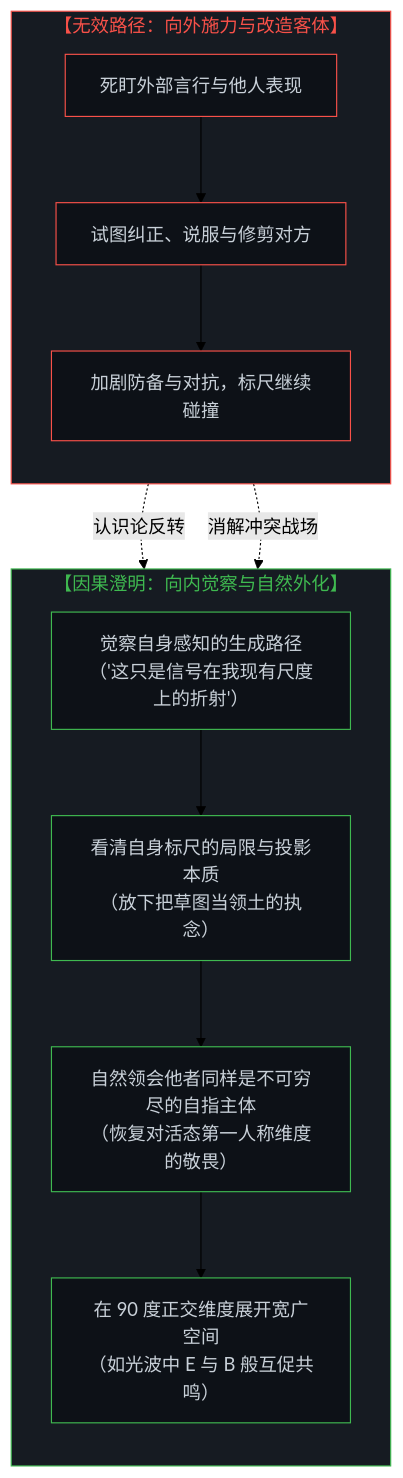
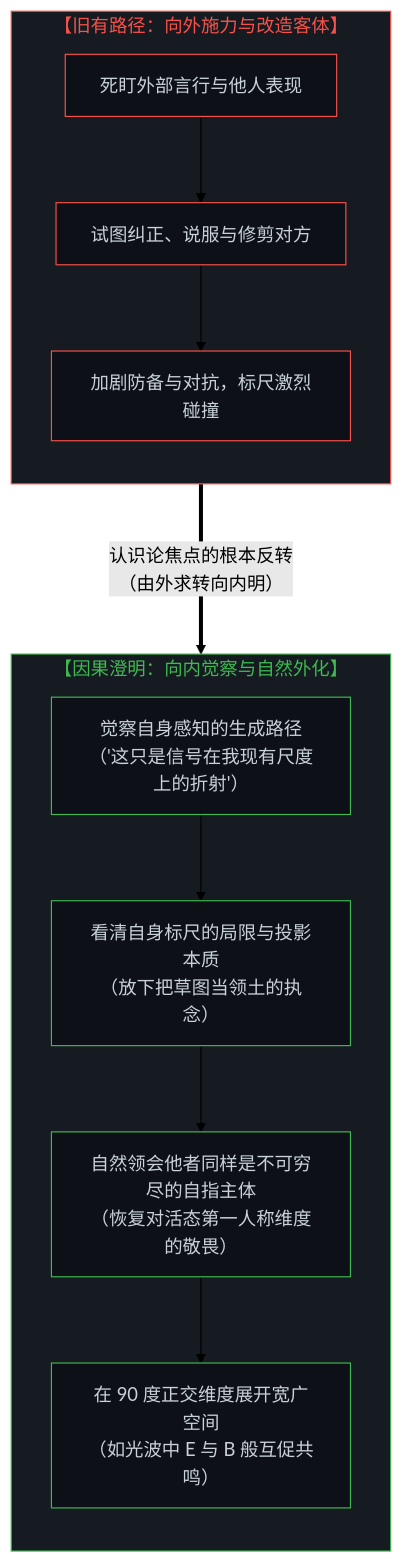
One commit to powerpig99/not-a-toe changed the fourth of 4 diagrams in content/posts/the-illusion-of-knowing-and-the-geometry-of-amputation.md. Above: the diagram before and after it, drawn with Mermaid (forest theme). The commit also changed other lines of this file and 1 other file, not shown here.

Commit message:
Convert all Mermaid diagrams to strictly vertical mobile-friendly top-down flow

````diff
--- a/content/posts/the-illusion-of-knowing-and-the-geometry-of-amputation.md
+++ b/content/posts/the-illusion-of-knowing-and-the-geometry-of-amputation.md
@@ -203,32 +203,31 @@
 ```mermaid
 graph TD
-    subgraph S_External_Effort["【无效路径：向外施力与改造客体】"]
+    subgraph S_External_Effort["【旧有路径：向外施力与改造客体】"]
         direction TB
         P1["死盯外部言行与他人表现"]
         P2["试图纠正、说服与修剪对方"]
-        P3["加剧防备与对抗，标尺继续碰撞"]
+        P3["加剧防备与对抗，标尺激烈碰撞"]
         P1 --> P2 --> P3
     end
 
     subgraph S_Internal_Clarity["【因果澄明：向内觉察与自然外化】"]
         direction TB
         Q1["觉察自身感知的生成路径<br>（'这只是信号在我现有尺度上的折射'）"]
         Q2["看清自身标尺的局限与投影本质<br>（放下把草图当领土的执念）"]
         Q3["自然领会他者同样是不可穷尽的自指主体<br>（恢复对活态第一人称维度的敬畏）"]
         Q4["在 90 度正交维度展开宽广空间<br>（如光波中 E 与 B 般互促共鸣）"]
         Q1 --> Q2 --> Q3 --> Q4
     end
 
-    P1 -.->|"认识论反转"| Q1
-    P3 -.->|"消解冲突战场"| Q4
+    P3 ===>|"认识论焦点的根本反转<br>（由外求转向内明）"| Q1
 
     style S_External_Effort fill:#161b22,stroke:#f85149,stroke-width:1px,color:#f85149
     style S_Internal_Clarity fill:#161b22,stroke:#3fb950,stroke-width:1px,color:#3fb950
     style P1 fill:#0d1117,stroke:#f85149,stroke-width:1px,color:#c9d1d9
     style P2 fill:#0d1117,stroke:#f85149,stroke-width:1px,color:#c9d1d9
     style P3 fill:#0d1117,stroke:#f85149,stroke-width:1px,color:#c9d1d9
     style Q1 fill:#0d1117,stroke:#3fb950,stroke-width:1px,color:#c9d1d9
     style Q2 fill:#0d1117,stroke:#3fb950,stroke-width:1px,color:#c9d1d9
     style Q3 fill:#0d1117,stroke:#3fb950,stroke-width:1px,color:#c9d1d9
     style Q4 fill:#0d1117,stroke:#3fb950,stroke-width:1px,color:#c9d1d9
 ```
````
